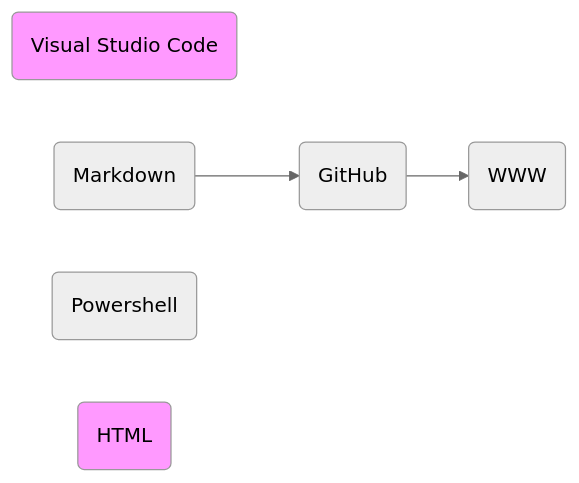
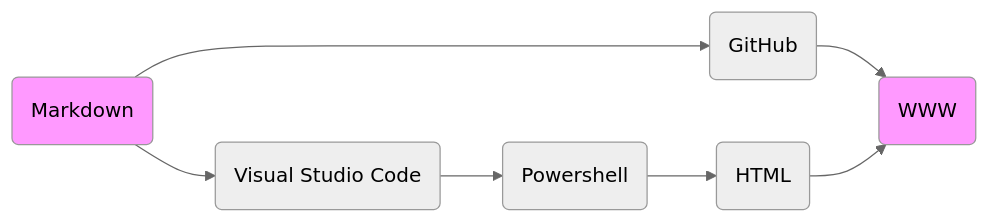
Before and after one commit to phdonner/phdonner: the diagram in README.md, drawn with Mermaid (neutral theme).

````diff
--- a/README.md
+++ b/README.md
@@ -23,12 +23,13 @@
 ```mermaid
 flowchart LR
-    id1(Visual Studio Code)
+    id1(Markdown)
     id2(GitHub)
-    id3(Markdown)
-    id4(Powershell)
-    id5(HTML)
-    id6(WWW)
-    id3-->id2-->id6
+    id3(WWW)
+    id4(Visual Studio Code)
+    id5(Powershell)
+    id6(HTML)
+    id1-->id2-->id3
+    id1-->id4-->id5-->id6-->id3
 style id1 fill:#f9f;
-style id5 fill:#f9f;
+style id3 fill:#f9f;
 ```
````
